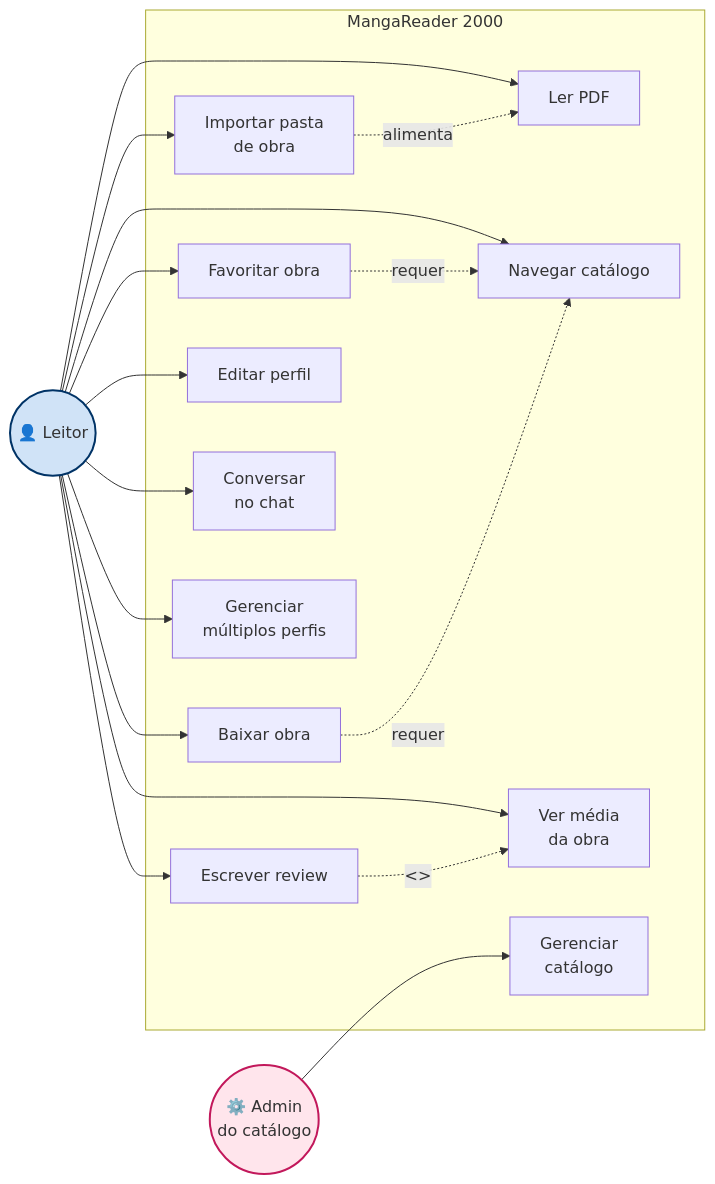
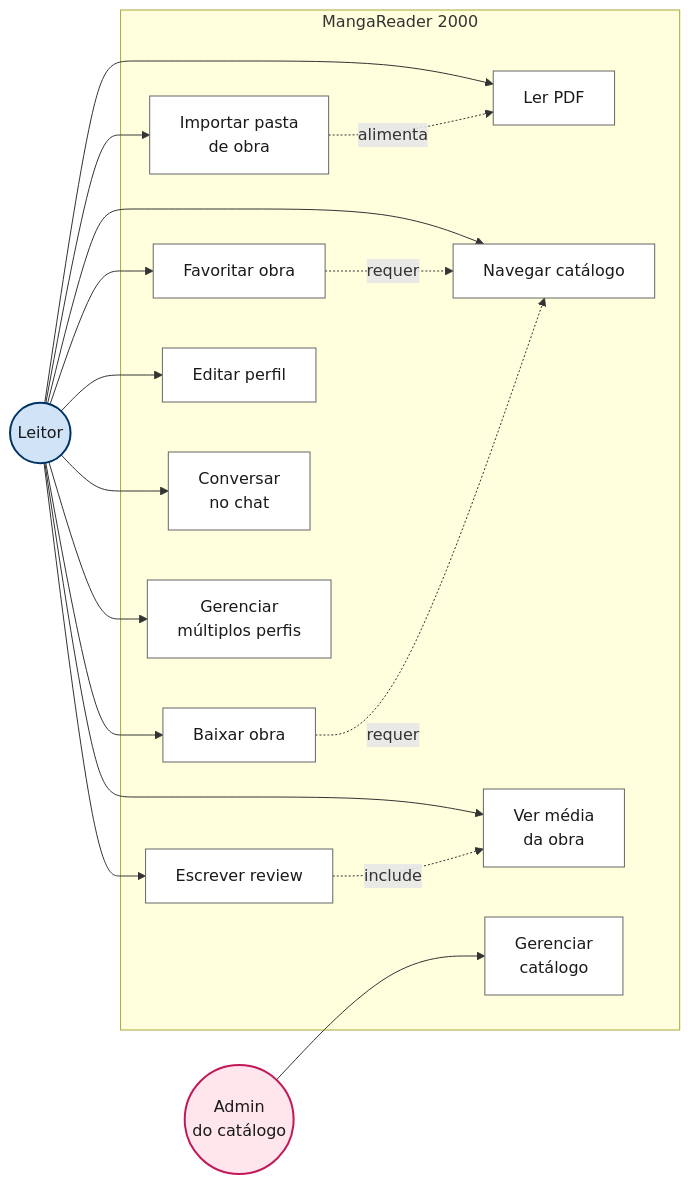
One commit to lordepeter/PDF_Reader changed the third of 4 diagrams in README.md. Above: the diagram before and after it, drawn with Mermaid. The commit also changed other lines of this file, not shown here.

````diff
--- a/README.md
+++ b/README.md
@@ -149,40 +146,51 @@
 ```mermaid
 graph LR
-    Leitor((👤 Leitor))
-    Admin((⚙️ Admin<br/>do catálogo))
+    Leitor((Leitor))
+    Admin((Admin<br/>do catálogo))
 
     subgraph MangaReader 2000
         UC1[Ler PDF]
         UC2[Importar pasta<br/>de obra]
         UC3[Navegar catálogo]
         UC4[Baixar obra]
         UC5[Escrever review]
         UC6[Ver média<br/>da obra]
         UC7[Favoritar obra]
         UC8[Editar perfil]
         UC9[Conversar<br/>no chat]
         UC10[Gerenciar<br/>múltiplos perfis]
         UC11[Gerenciar<br/>catálogo]
     end
 
     Leitor --> UC1
     Leitor --> UC2
     Leitor --> UC3
     Leitor --> UC4
     Leitor --> UC5
     Leitor --> UC6
     Leitor --> UC7
     Leitor --> UC8
     Leitor --> UC9
     Leitor --> UC10
 
     Admin --> UC11
 
-    UC5 -.->|<<include>>| UC6
+    UC5 -.->|include| UC6
     UC7 -.->|requer| UC3
     UC4 -.->|requer| UC3
     UC2 -.->|alimenta| UC1
 
-    style Leitor fill:#D0E3F7,stroke:#003366,stroke-width:2px
-    style Admin fill:#FFE5EC,stroke:#C2185B,stroke-width:2px
+    style Leitor fill:#D0E3F7,stroke:#003366,stroke-width:2px,color:#1a1a1a
+    style Admin fill:#FFE5EC,stroke:#C2185B,stroke-width:2px,color:#1a1a1a
+    style UC1 fill:#FFFFFF,stroke:#666666,color:#1a1a1a
+    style UC2 fill:#FFFFFF,stroke:#666666,color:#1a1a1a
+    style UC3 fill:#FFFFFF,stroke:#666666,color:#1a1a1a
+    style UC4 fill:#FFFFFF,stroke:#666666,color:#1a1a1a
+    style UC5 fill:#FFFFFF,stroke:#666666,color:#1a1a1a
+    style UC6 fill:#FFFFFF,stroke:#666666,color:#1a1a1a
+    style UC7 fill:#FFFFFF,stroke:#666666,color:#1a1a1a
+    style UC8 fill:#FFFFFF,stroke:#666666,color:#1a1a1a
+    style UC9 fill:#FFFFFF,stroke:#666666,color:#1a1a1a
+    style UC10 fill:#FFFFFF,stroke:#666666,color:#1a1a1a
+    style UC11 fill:#FFFFFF,stroke:#666666,color:#1a1a1a
 ```
````
